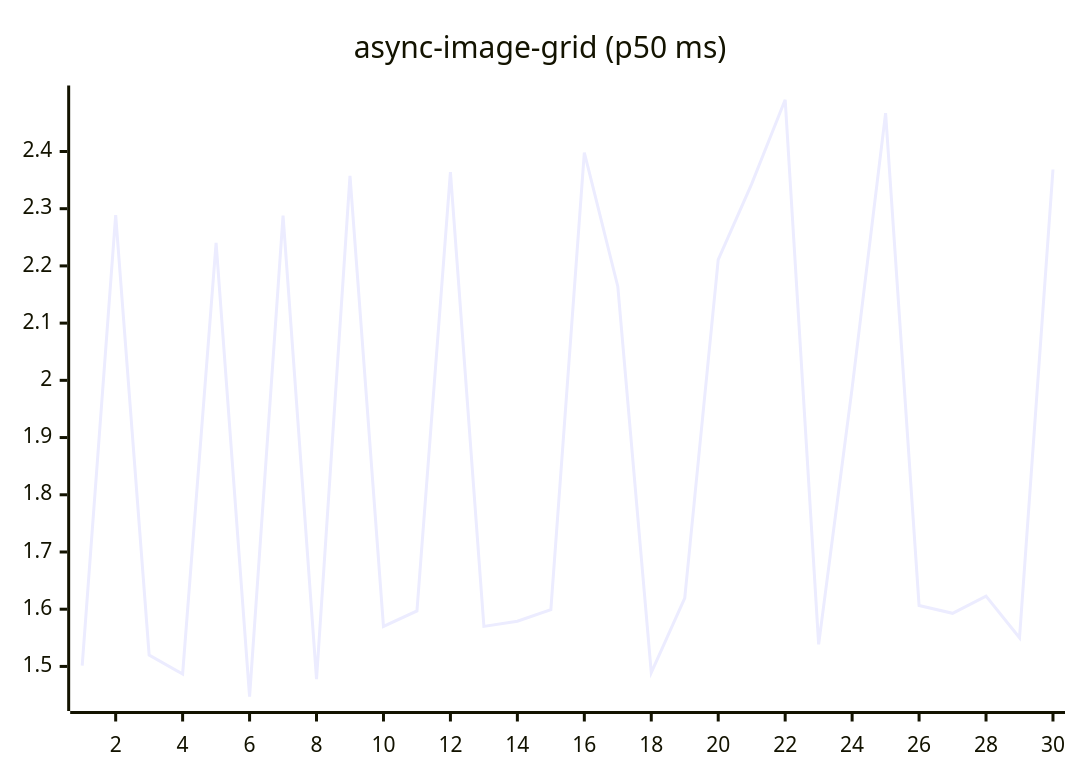
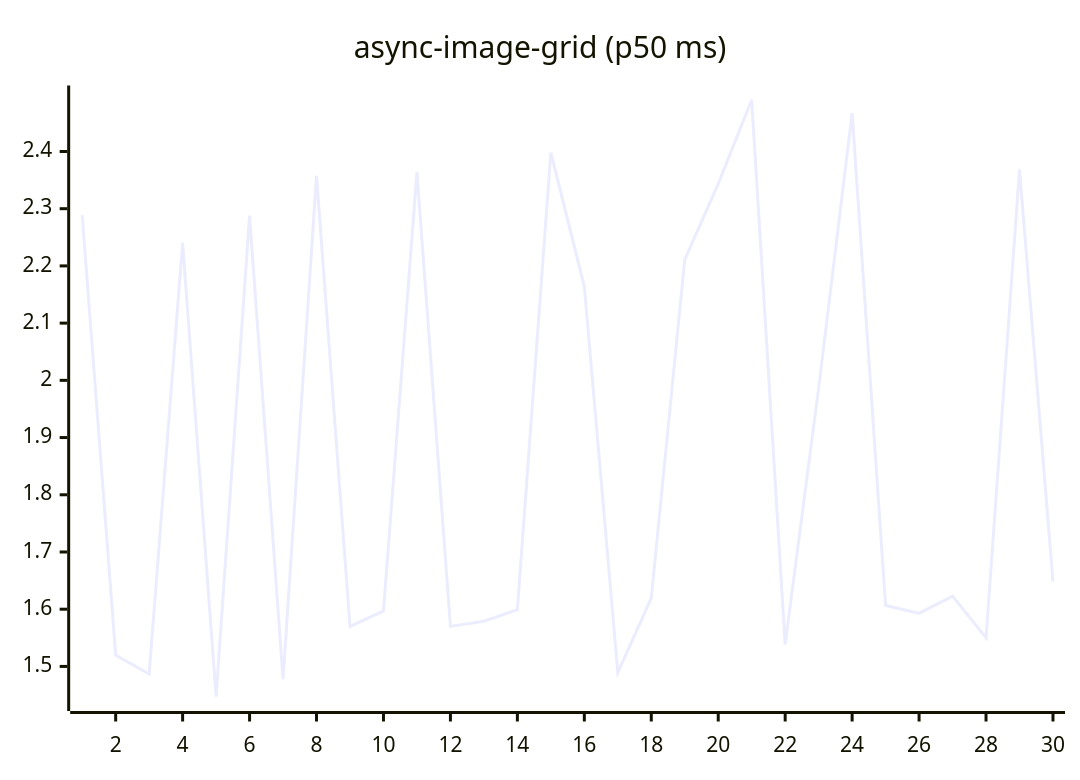
Before and after one commit to josha/Facet: the fifth of 27 diagrams in README.md, drawn with Mermaid. The commit also changed other lines of this file and 2 other files, not shown here.

````diff
--- a/README.md
+++ b/README.md
@@ -91,6 +91,6 @@
 ```mermaid
 xychart-beta
     title "async-image-grid (p50 ms)"
     x-axis 1 --> 30
-    line [1.5015, 2.2886, 1.5200, 1.4868, 2.2404, 1.4470, 2.2880, 1.4779, 2.3575, 1.5699, 1.5969, 2.3640, 1.5700, 1.5790, 1.5994, 2.3982, 2.1641, 1.4893, 1.6193, 2.2110, 2.3435, 2.4904, 1.5386, 1.9864, 2.4670, 1.6066, 1.5928, 1.6229, 1.5501, 2.3685]
+    line [2.2886, 1.5200, 1.4868, 2.2404, 1.4470, 2.2880, 1.4779, 2.3575, 1.5699, 1.5969, 2.3640, 1.5700, 1.5790, 1.5994, 2.3982, 2.1641, 1.4893, 1.6193, 2.2110, 2.3435, 2.4904, 1.5386, 1.9864, 2.4670, 1.6066, 1.5928, 1.6229, 1.5501, 2.3685, 1.6487]
 ```
````
